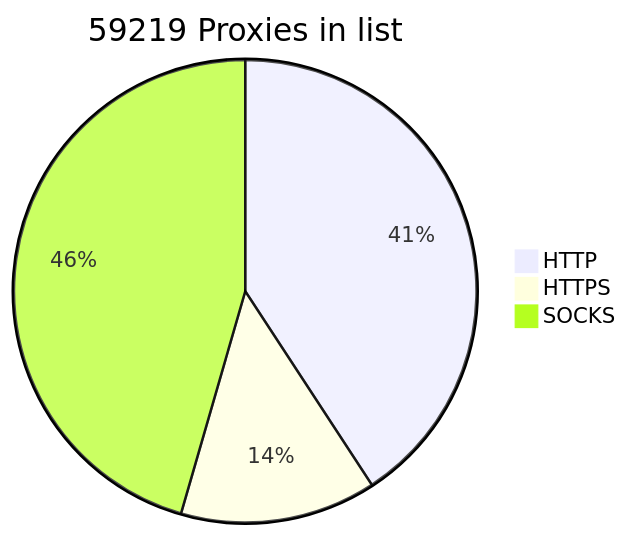
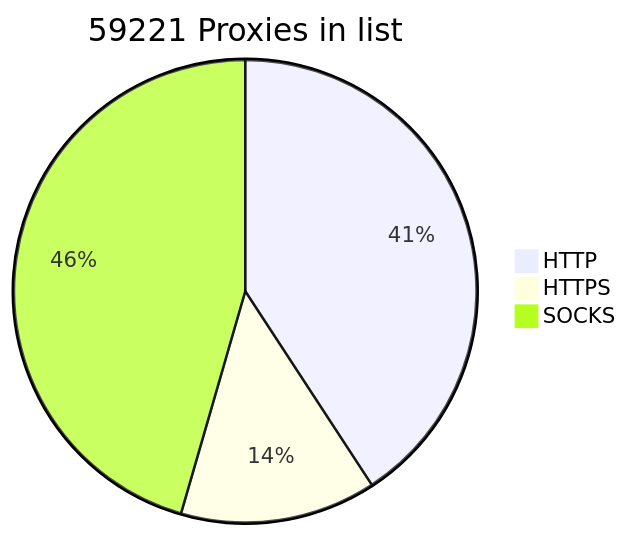
One commit to BlackSnowDot/proxylist-update-every-minute changed the diagram in README.md. Above: the diagram before and after it, drawn with Mermaid.

````diff
--- a/README.md
+++ b/README.md
@@ -2,6 +2,6 @@
 ```mermaid
-pie title 59219 Proxies in list
-    "HTTP" : 27212
-    "HTTPS": 9138
+pie title 59221 Proxies in list
+    "HTTP" : 27214
+    "HTTPS": 9137
     "SOCKS" : 30374
 ```
````
